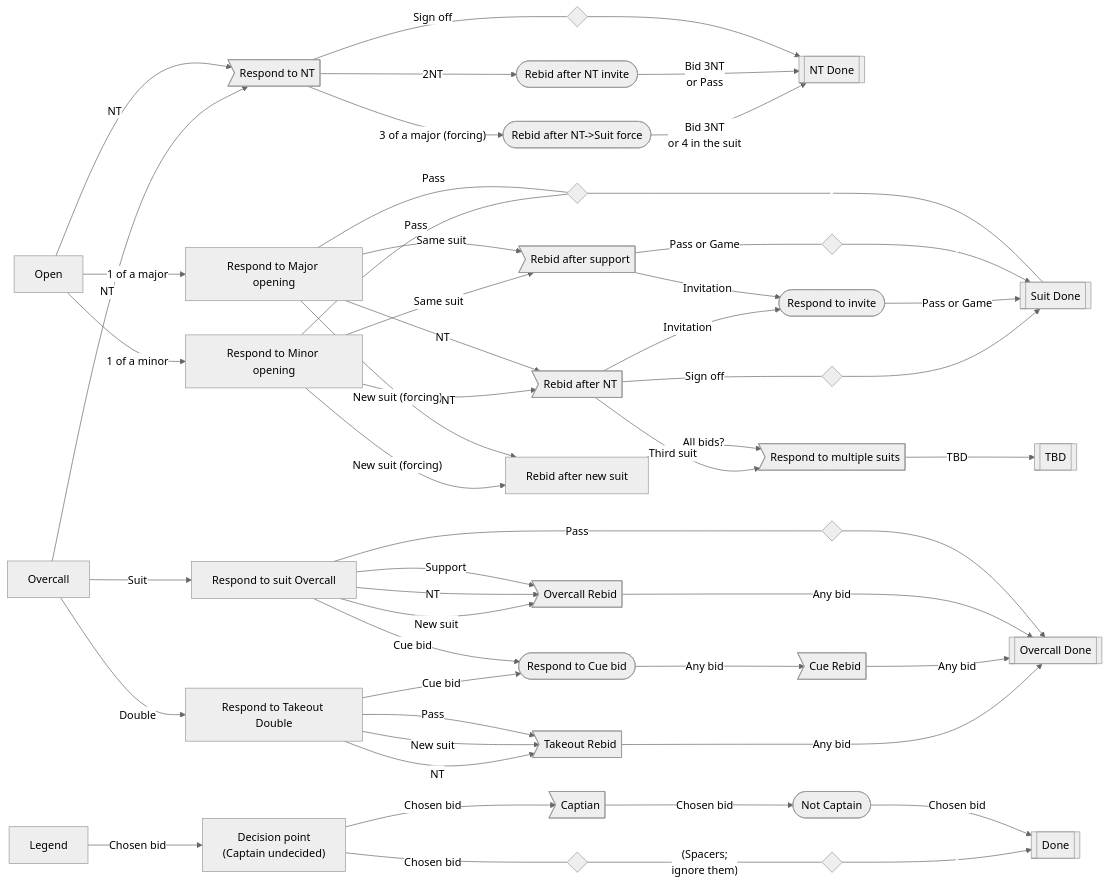
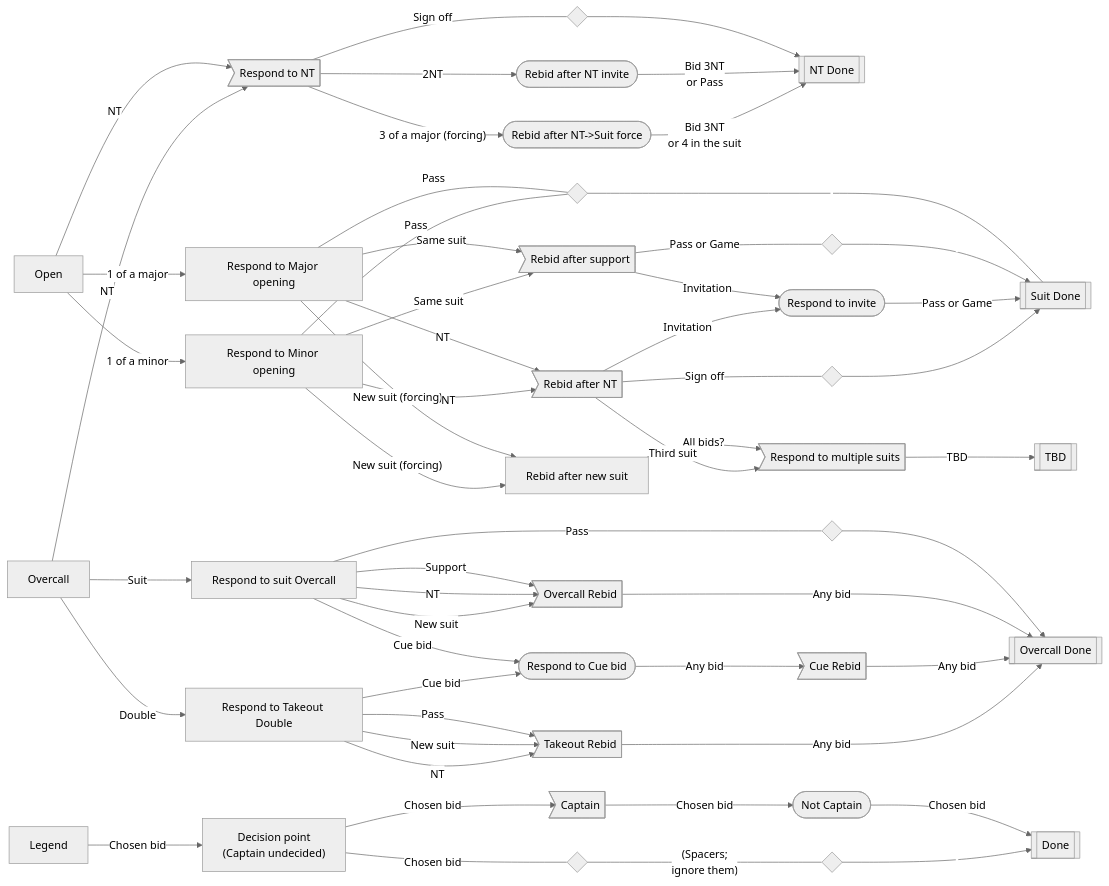
Before and after one commit to truist/bridge_bidding: the diagram in bidding.mmd, drawn with Mermaid (neutral theme). The commit also changed 1 other file, not shown here.

```diff
--- a/bidding.mmd
+++ b/bidding.mmd
@@ -1,62 +1,62 @@
 flowchart LR
   Open[Open] -->|NT| NTRespond>Respond to NT]
     NTRespond ---|"Sign off"| Spacer1{" "}
       Spacer1 --> NTDone[[NT Done]]
     NTRespond -->|"2NT"| NTInvitational([Rebid after NT invite])
       NTInvitational -->|Bid 3NT\nor Pass| NTDone
     NTRespond -->|"3 of a major (forcing)"| NTForcing([Rebid after NT->Suit force])
       NTForcing -->|Bid 3NT\nor 4 in the suit| NTDone
 
   Open -->|1 of a major| MajorRespond[Respond to Major opening]
     MajorRespond ---|Pass| Spacer4{" "}
       Spacer4 ---|"&nbsp;"| Done[[Suit Done]]
 
     MajorRespond -->|Same suit| SuitSupported>Rebid after support]
       SuitSupported ---|Pass or Game| Spacer2{" "}
         Spacer2 -->|"&nbsp;"| Done
       SuitSupported -->|"Invitation"| Invitational([Respond to invite])
         Invitational -->|Pass or Game| Done
 
     MajorRespond -->|"New suit (forcing)"| NewSuit[Rebid after new suit]
       NewSuit -->|All bids?| ResponderMultiple>Respond to multiple suits]
         ResponderMultiple -->|TBD| TBD[[TBD]]
 
     MajorRespond -->|NT| NTResponse>Rebid after NT]
       NTResponse ---|"Sign off"| Spacer3{" "}
         Spacer3 -->|"&nbsp;"| Done
       NTResponse -->|"Invitation"| Invitational
       NTResponse -->|Third suit| ResponderMultiple
 
   Open -->|1 of a minor| MinorRespond[Respond to Minor opening]
     MinorRespond ---|Pass| Spacer4
     MinorRespond -->|Same suit| SuitSupported
     MinorRespond -->|"New suit (forcing)"| NewSuit
     MinorRespond -->|NT| NTResponse
 
   Overcall[Overcall] -->|Suit| OvercallAdvance[Respond to suit Overcall]
     OvercallAdvance ---|Pass| SpacerOvercallPass{" "}
       SpacerOvercallPass -->|"&nbsp;"| OvercallDone[[Overcall Done]]
     OvercallAdvance -->|Support| OvercallRebid>Overcall Rebid]
       OvercallRebid -->|Any bid| OvercallDone
     OvercallAdvance -->|NT| OvercallRebid
     OvercallAdvance -->|New suit| OvercallRebid
     OvercallAdvance -->|Cue bid| Cue([Respond to Cue bid])
       Cue -->|Any bid| CueRebid>Cue Rebid]
         CueRebid -->|Any bid| OvercallDone
 
   Overcall -->|Double| TakeoutAdvance[Respond to Takeout Double]
     TakeoutAdvance -->|Pass| TakeoutRebid>Takeout Rebid]
       TakeoutRebid -->|Any bid| OvercallDone
     TakeoutAdvance -->|New suit| TakeoutRebid
     TakeoutAdvance -->|NT| TakeoutRebid
     TakeoutAdvance -->|Cue bid| Cue
 
   Overcall[Overcall] -->|NT| NTRespond
 
   Legend -->|Chosen bid| CaptainUndecided["Decision point\n(Captain undecided)"]
-    CaptainUndecided -->|Chosen bid| Captain>Captian]
+    CaptainUndecided -->|Chosen bid| Captain>Captain]
       Captain -->|Chosen bid| NotCaptain([Not Captain])
         NotCaptain -->|Chosen bid| LegendDone[[Done]]
       CaptainUndecided ---|Chosen bid| SpacerLegend1{" "}
         SpacerLegend1 ---|"(Spacers;\nignore them)"| SpacerLegend2{" "}
           SpacerLegend2 -->|"&nbsp;"| LegendDone
```
